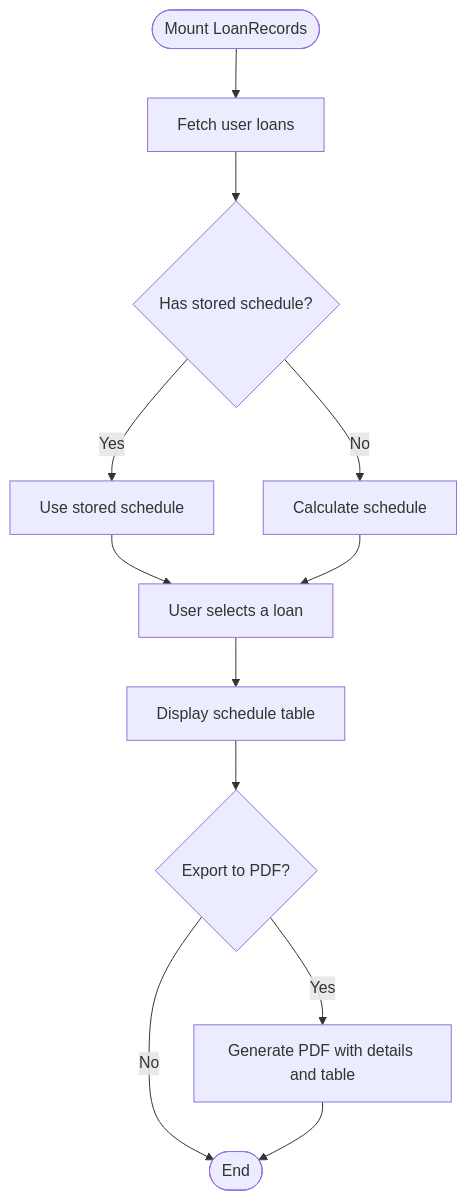
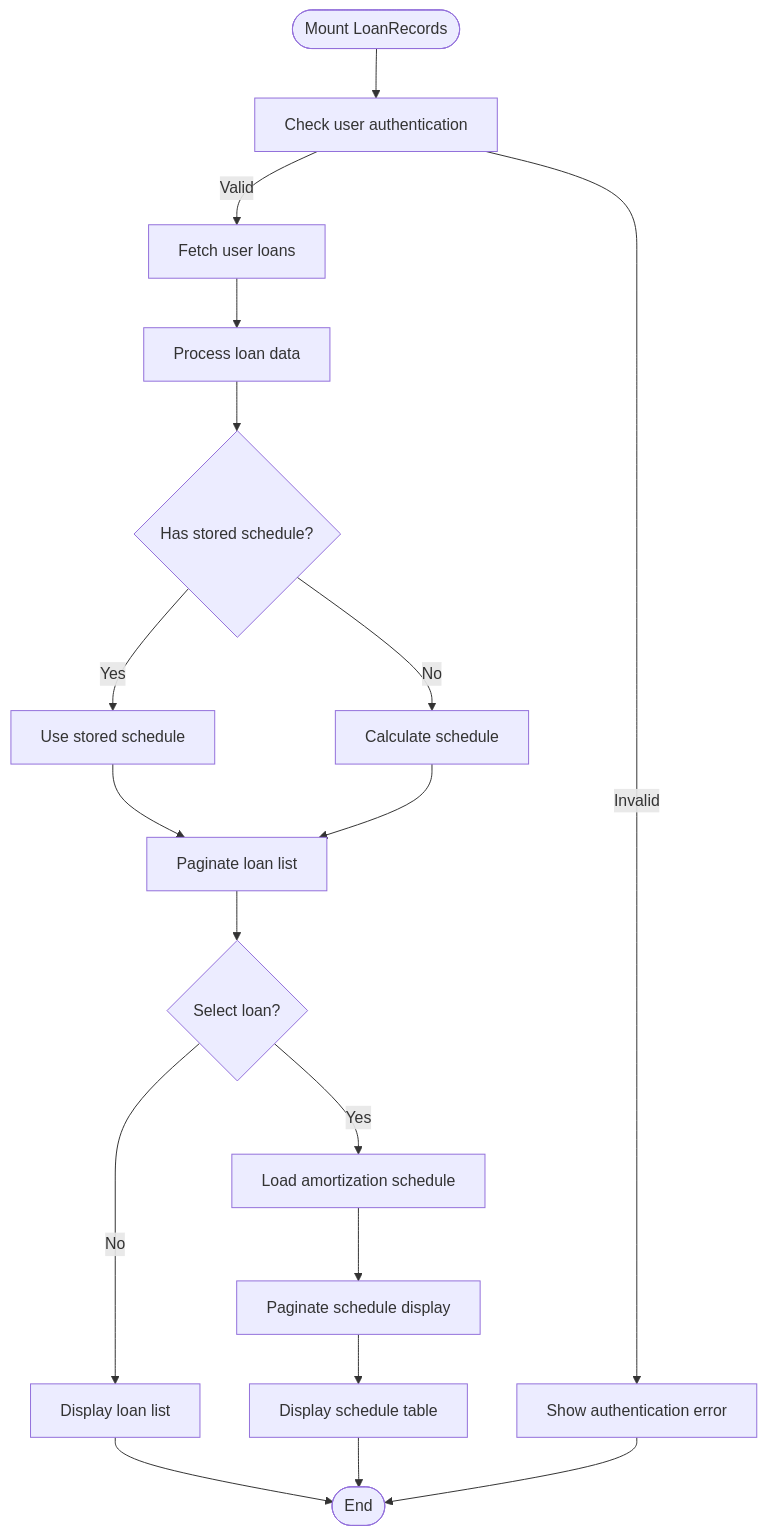
The fourth of 6 diagrams in .qoder/repowiki/en/content/Loan Management System/Loan Tracking and Monitoring.md (Unsure-bry/sampacoop_system), drawn with Mermaid before and after one commit. The commit also changed other lines of this file and 6 other files, not shown here.

Commit message:
Amortization Table changes and Remaining Balance Sychronization

````diff
--- a/.qoder/repowiki/en/content/Loan Management System/Loan Tracking and Monitoring.md
+++ b/.qoder/repowiki/en/content/Loan Management System/Loan Tracking and Monitoring.md
@@ -183,14 +204,20 @@
 ```mermaid
 flowchart TD
-Start(["Mount LoanRecords"]) --> Fetch["Fetch user loans"]
-Fetch --> HasSchedule{"Has stored schedule?"}
+Start(["Mount LoanRecords"]) --> CheckAuth["Check user authentication"]
+CheckAuth --> |Valid| Fetch["Fetch user loans"]
+CheckAuth --> |Invalid| Error["Show authentication error"]
+Fetch --> ProcessLoans["Process loan data"]
+ProcessLoans --> HasSchedule{"Has stored schedule?"}
 HasSchedule --> |Yes| Use["Use stored schedule"]
 HasSchedule --> |No| Calc["Calculate schedule"]
-Use --> Select["User selects a loan"]
-Calc --> Select
-Select --> View["Display schedule table"]
-View --> Export{"Export to PDF?"}
-Export --> |Yes| PDF["Generate PDF with details and table"]
-Export --> |No| End(["End"])
-PDF --> End
+Use --> PaginateLoans["Paginate loan list"]
+Calc --> PaginateLoans
+PaginateLoans --> SelectLoan{"Select loan?"}
+SelectLoan --> |Yes| LoadSchedule["Load amortization schedule"]
+SelectLoan --> |No| DisplayLoans["Display loan list"]
+LoadSchedule --> PaginateSchedule["Paginate schedule display"]
+PaginateSchedule --> DisplaySchedule["Display schedule table"]
+DisplayLoans --> End(["End"])
+DisplaySchedule --> End
+Error --> End
 ```
````
